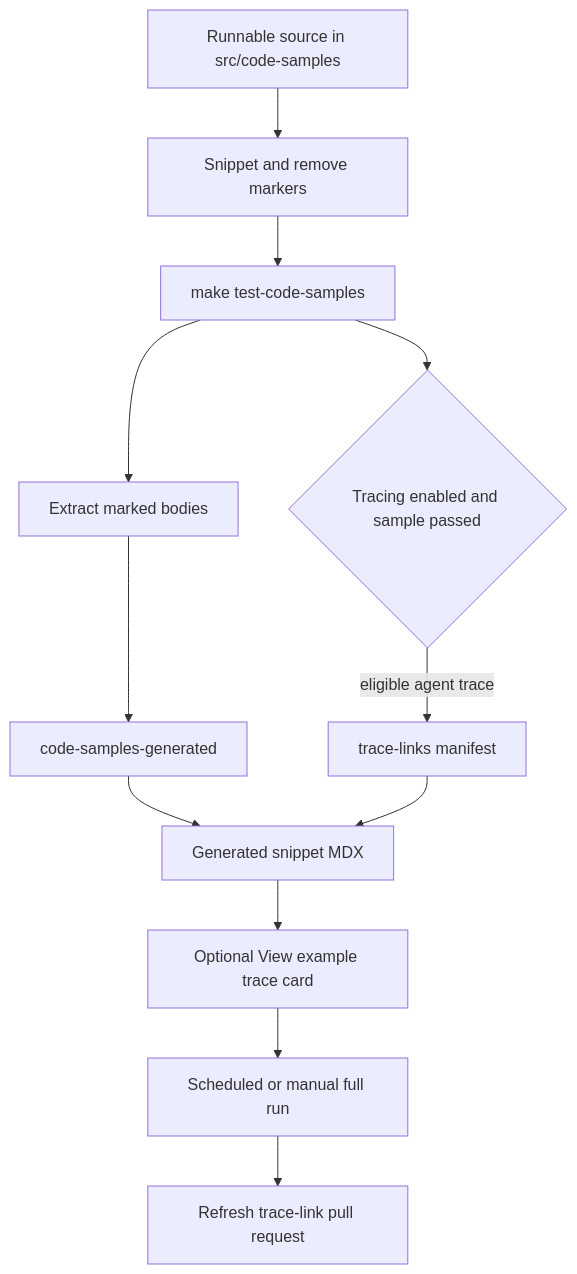
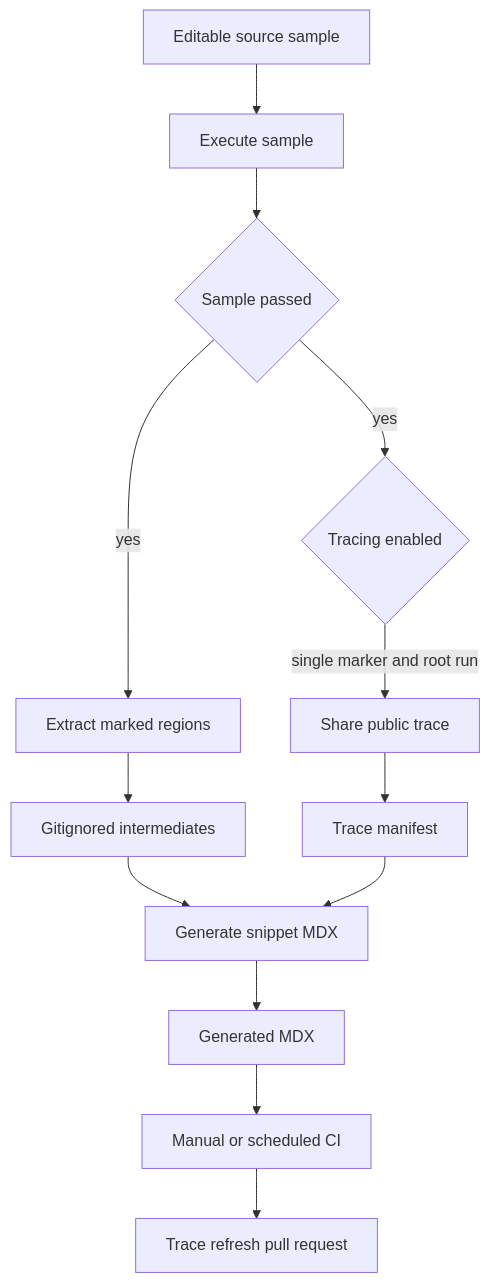
Before and after one commit to langchain-ai/docs: the diagram in openwiki/workflows/code-sample-lifecycle.md, drawn with Mermaid. The commit also changed other lines of this file and 32 other files, not shown here.

````diff
--- a/openwiki/workflows/code-sample-lifecycle.md
+++ b/openwiki/workflows/code-sample-lifecycle.md
@@ -37,15 +51,16 @@
 ```mermaid
 flowchart TD
-  Source["Runnable source in src/code-samples"] --> Markers["Snippet and remove markers"]
-  Markers --> Test["make test-code-samples"]
-  Test --> Extract["Extract marked bodies"]
-  Extract --> Intermediate["code-samples-generated"]
-  Intermediate --> MDX["Generated snippet MDX"]
-  TraceSwitch{"Tracing enabled and sample passed"}
-  Test --> TraceSwitch
-  TraceSwitch -->|"eligible agent trace"| Manifest["trace-links manifest"]
-  Manifest --> MDX
-  MDX --> CTA["Optional View example trace card"]
-  CTA --> FullRun["Scheduled or manual full run"]
-  FullRun --> PR["Refresh trace-link pull request"]
+  Source["Editable source sample"] --> Execute["Execute sample"]
+  Execute --> Passed{"Sample passed"}
+  Passed -->|"yes"| Extract["Extract marked regions"]
+  Extract --> Intermediate["Gitignored intermediates"]
+  Intermediate --> Generate["Generate snippet MDX"]
+  TraceOn{"Tracing enabled"}
+  Passed -->|"yes"| TraceOn
+  TraceOn -->|"single marker and root run"| Share["Share public trace"]
+  Share --> Manifest["Trace manifest"]
+  Manifest --> Generate
+  Generate --> Artifacts["Generated MDX"]
+  Artifacts --> Trusted["Manual or scheduled CI"]
+  Trusted --> PR["Trace refresh pull request"]
 ```
````
